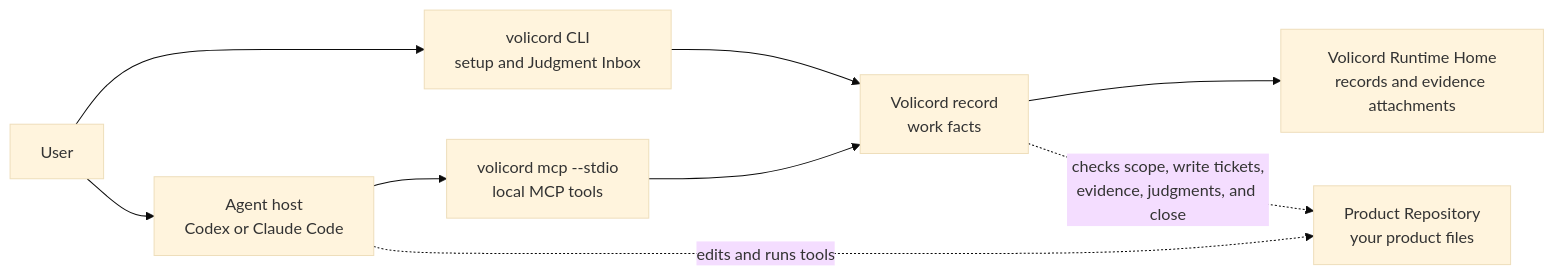
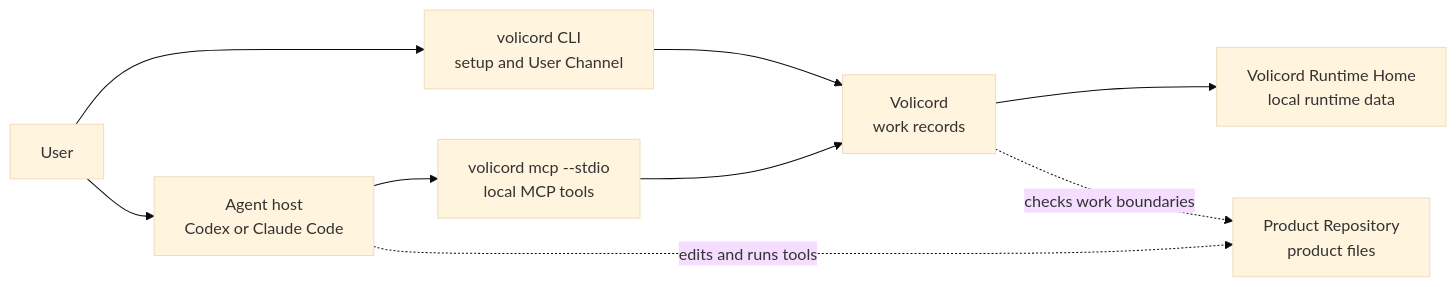
One commit to minjungw00/Volicord changed the first of 2 diagrams in README.md. Above: the diagram before and after it, drawn with Mermaid (base theme). The commit also changed other lines of this file and 5 other files, not shown here.

````diff
--- a/README.md
+++ b/README.md
@@ -298,19 +126,19 @@
 ```mermaid
 flowchart LR
   user["User"]
   host["Agent host<br/>Codex or Claude Code"]
   mcp["volicord mcp --stdio<br/>local MCP tools"]
-  record["Volicord record<br/>work facts"]
-  runtime["Volicord Runtime Home<br/>records and evidence attachments"]
-  repo["Product Repository<br/>your product files"]
-  cli["volicord CLI<br/>setup and Judgment Inbox"]
+  record["Volicord<br/>work records"]
+  runtime["Volicord Runtime Home<br/>local runtime data"]
+  repo["Product Repository<br/>product files"]
+  cli["volicord CLI<br/>setup and User Channel"]
 
   user --> host
   host --> mcp
   mcp --> record
   record --> runtime
   user --> cli
   cli --> record
   host -. edits and runs tools .-> repo
-  record -. checks scope, write tickets,<br/>evidence, judgments, and close .-> repo
+  record -. checks work boundaries .-> repo
 ```
````
